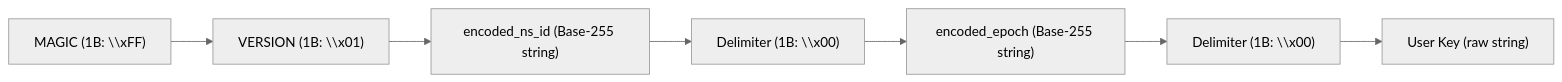
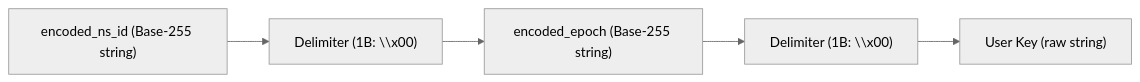
One commit to miewx/eloqkv changed the first of 2 diagrams in design.md. Above: the diagram before and after it, drawn with Mermaid (neutral theme). The commit also changed other lines of this file, not shown here.

````diff
--- a/design.md
+++ b/design.md
@@ -38,9 +38,7 @@
       ```mermaid
       graph LR
-          MAGIC["MAGIC (1B: \\xFF)"] --> VERSION["VERSION (1B: \\x01)"]
-          VERSION --> NS_ID["encoded_ns_id (Base-255 string)"]
-          NS_ID --> DELIM1["Delimiter (1B: \\x00)"]
+          NS_ID["encoded_ns_id (Base-255 string)"] --> DELIM1["Delimiter (1B: \\x00)"]
           DELIM1 --> EPOCH["encoded_epoch (Base-255 string)"]
           EPOCH --> DELIM2["Delimiter (1B: \\x00)"]
           DELIM2 --> USER_KEY["User Key (raw string)"]
       ```
````
